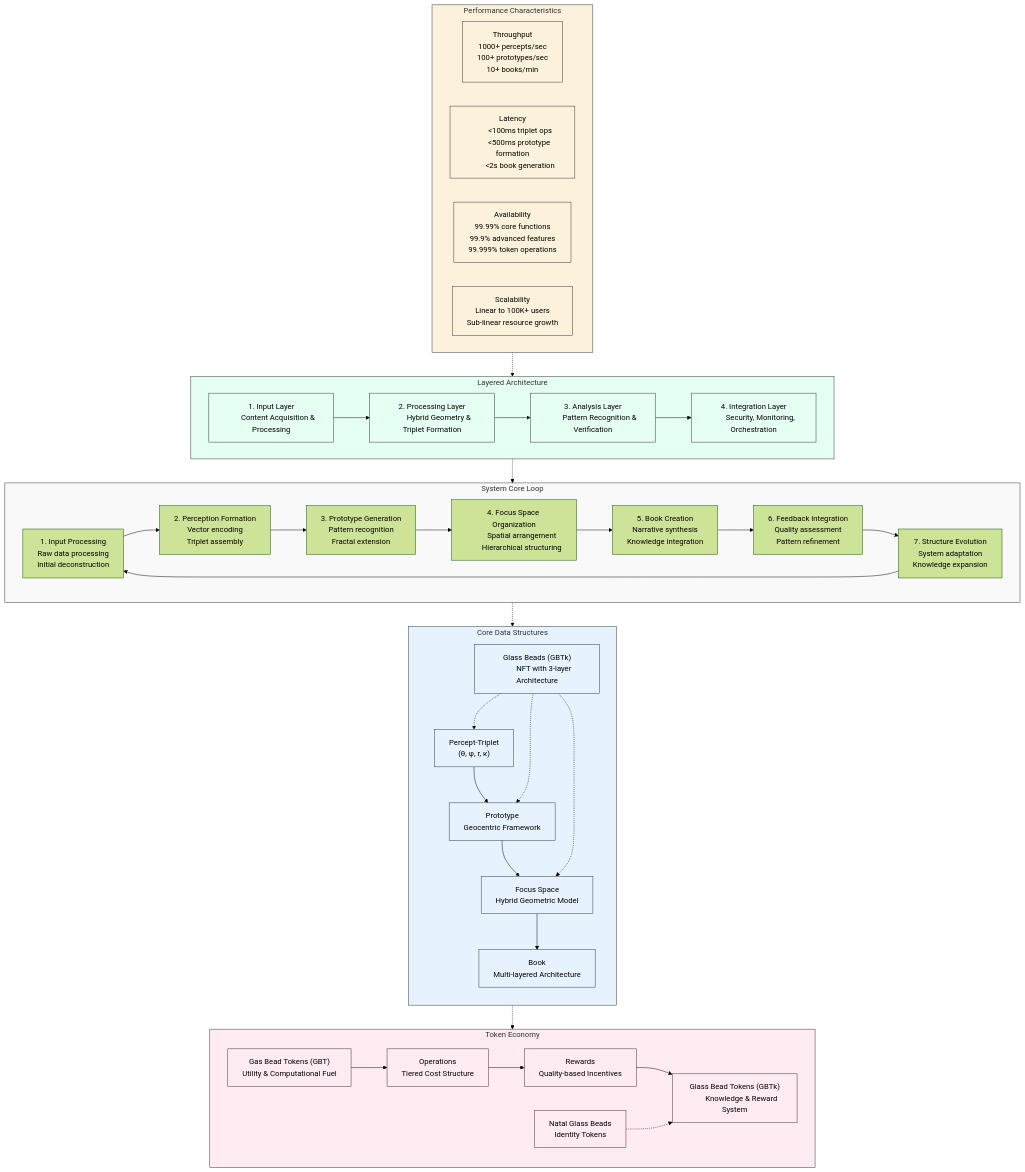
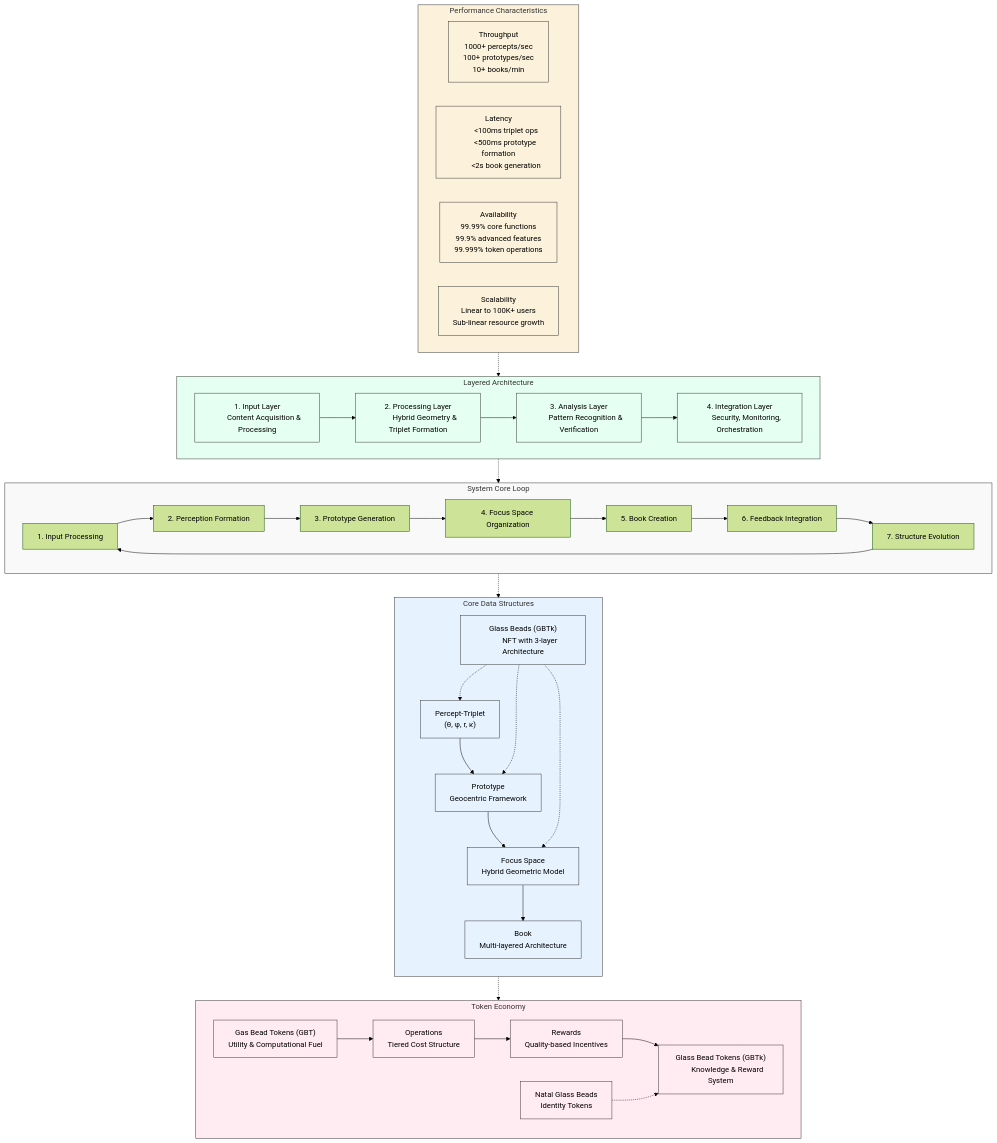
Before and after one commit to heavyblotto/memorativa: the second of 7 diagrams in docs/3. the machine system/memorativa-3-1-the-machine-system.md, drawn with Mermaid (forest theme). The commit also changed other lines of this file, not shown here.

```diff
--- a/docs/3. the machine system/memorativa-3-1-the-machine-system.md
+++ b/docs/3. the machine system/memorativa-3-1-the-machine-system.md
@@ -131,33 +131,13 @@
     %% Core System Loop
     subgraph SystemCoreLoop["System Core Loop"]
         direction LR
-        InputProcessing["1. Input Processing
-        Raw data processing
-        Initial deconstruction"]
-        
-        PerceptionFormation["2. Perception Formation
-        Vector encoding
-        Triplet assembly"]
-        
-        PrototypeGeneration["3. Prototype Generation
-        Pattern recognition
-        Fractal extension"]
-        
-        FocusSpaceOrg["4. Focus Space Organization
-        Spatial arrangement
-        Hierarchical structuring"]
-        
-        BookCreation["5. Book Creation
-        Narrative synthesis
-        Knowledge integration"]
-        
-        FeedbackIntegration["6. Feedback Integration
-        Quality assessment
-        Pattern refinement"]
-        
-        StructureEvolution["7. Structure Evolution
-        System adaptation
-        Knowledge expansion"]
+        InputProcessing["1. Input Processing"]
+        PerceptionFormation["2. Perception Formation"]
+        PrototypeGeneration["3. Prototype Generation"]
+        FocusSpaceOrg["4. Focus Space Organization"]
+        BookCreation["5. Book Creation"]
+        FeedbackIntegration["6. Feedback Integration"]
+        StructureEvolution["7. Structure Evolution"]
         
         InputProcessing --> PerceptionFormation
         PerceptionFormation --> PrototypeGeneration
```
